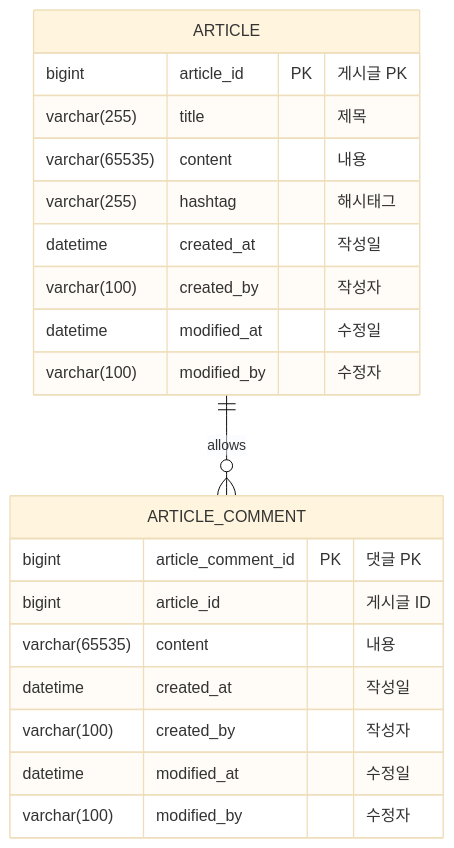
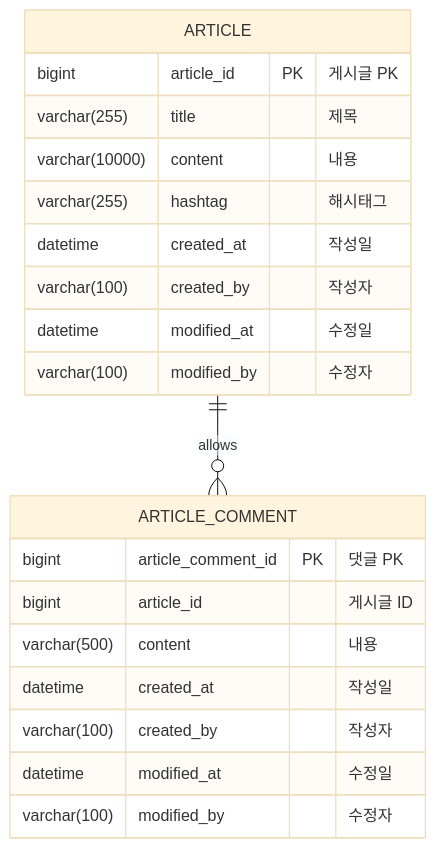
One commit to jangseoyun/car-hr-sns changed the diagram in README.md. Above: the diagram before and after it, drawn with Mermaid (base theme). The commit also changed 9 other files, not shown here.

````diff
--- a/README.md
+++ b/README.md
@@ -5,24 +5,24 @@
 ``` mermaid
 erDiagram
     ARTICLE ||--o{ ARTICLE_COMMENT : allows
     ARTICLE {
         bigint article_id PK "게시글 PK"
         varchar(255) title "제목" 
-        varchar(65535) content "내용"
+        varchar(10000) content "내용"
         varchar(255) hashtag "해시태그"
         datetime created_at "작성일"
         varchar(100) created_by "작성자"
         datetime modified_at "수정일"
         varchar(100) modified_by "수정자"
     }
 
     ARTICLE_COMMENT {
         bigint article_comment_id PK "댓글 PK"
         bigint article_id "게시글 ID"
-        varchar(65535) content "내용"
+        varchar(500) content "내용"
         datetime created_at "작성일"
         varchar(100) created_by "작성자"
         datetime modified_at "수정일"
         varchar(100) modified_by "수정자"
     }
 ```
````
